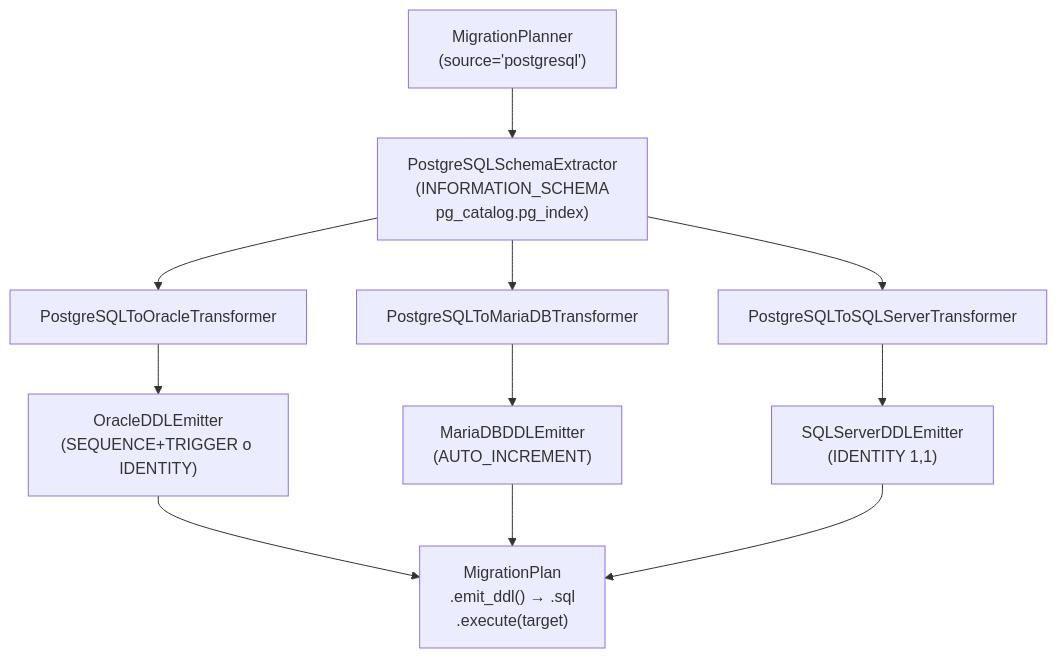
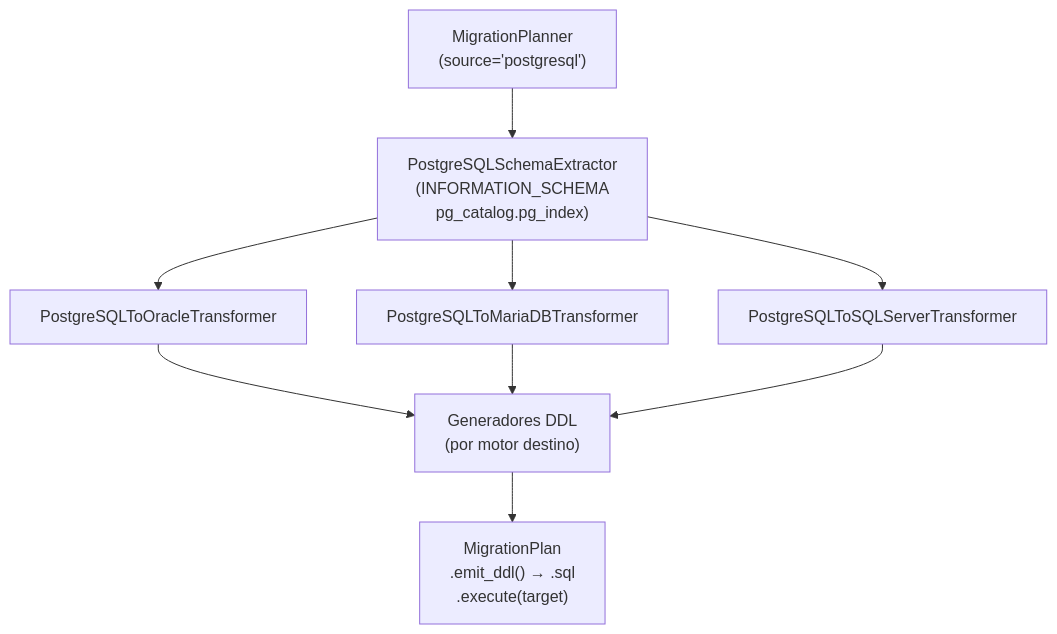
The diagram in docs/api/migrate-postgresql-source.md (fmanza/util_bbdd), drawn with Mermaid before and after one commit. The commit also changed other lines of this file and 117 other files, not shown here.

````diff
--- a/docs/api/migrate-postgresql-source.md
+++ b/docs/api/migrate-postgresql-source.md
@@ -12,19 +7,15 @@
 ```mermaid
 flowchart TD
     PL["MigrationPlanner\n(source='postgresql')"]
     EX["PostgreSQLSchemaExtractor\n(INFORMATION_SCHEMA\npg_catalog.pg_index)"]
     TR_OR["PostgreSQLToOracleTransformer"]
     TR_MB["PostgreSQLToMariaDBTransformer"]
     TR_SS["PostgreSQLToSQLServerTransformer"]
-    EM_OR["OracleDDLEmitter\n(SEQUENCE+TRIGGER o IDENTITY)"]
-    EM_MB["MariaDBDDLEmitter\n(AUTO_INCREMENT)"]
-    EM_SS["SQLServerDDLEmitter\n(IDENTITY 1,1)"]
+    EM["Generadores DDL\n(por motor destino)"]
     OUT["MigrationPlan\n.emit_ddl() → .sql\n.execute(target)"]
 
     PL --> EX
     EX --> TR_OR & TR_MB & TR_SS
-    TR_OR --> EM_OR
-    TR_MB --> EM_MB
-    TR_SS --> EM_SS
-    EM_OR & EM_MB & EM_SS --> OUT
+    TR_OR & TR_MB & TR_SS --> EM
+    EM --> OUT
 ```
````
